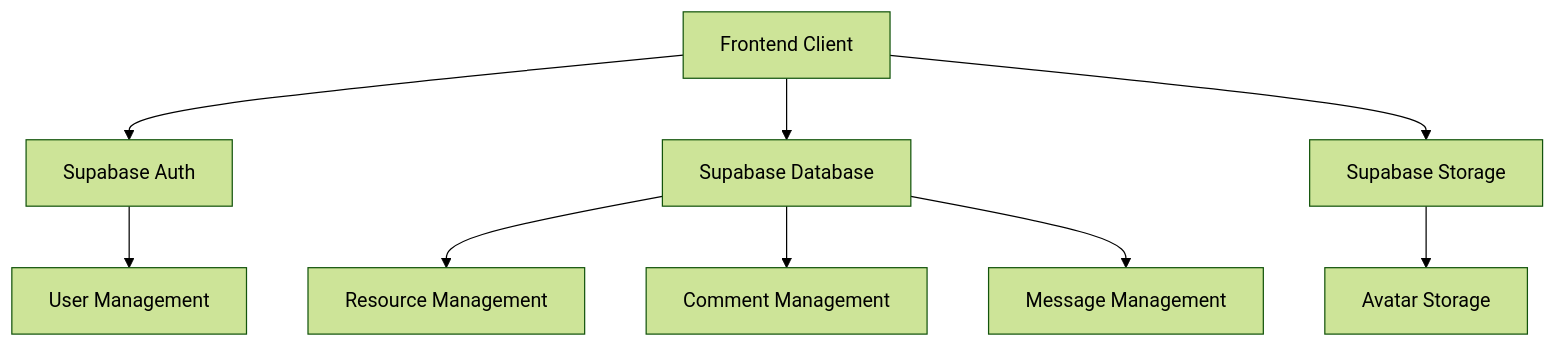
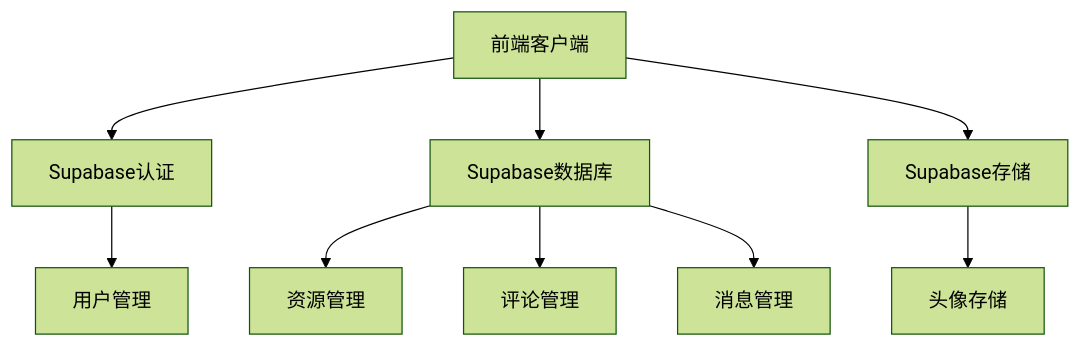
One commit to CNHB5678/-56789 changed the second of 3 diagrams in .trae/documents/Technical_Architecture.md. Above: the diagram before and after it, drawn with Mermaid (forest theme). The commit also changed other lines of this file and 27 other files, not shown here.

````diff
--- a/.trae/documents/Technical_Architecture.md
+++ b/.trae/documents/Technical_Architecture.md
@@ -42,11 +42,11 @@
 ```mermaid
 graph TD
-  A[Frontend Client] --> B[Supabase Auth]
-  A --> C[Supabase Database]
-  A --> D[Supabase Storage]
-  B --> E[User Management]
-  C --> F[Resource Management]
-  C --> G[Comment Management]
-  C --> H[Message Management]
-  D --> I[Avatar Storage]
+  A[前端客户端] --> B[Supabase认证]
+  A --> C[Supabase数据库]
+  A --> D[Supabase存储]
+  B --> E[用户管理]
+  C --> F[资源管理]
+  C --> G[评论管理]
+  C --> H[消息管理]
+  D --> I[头像存储]
 ```
````
